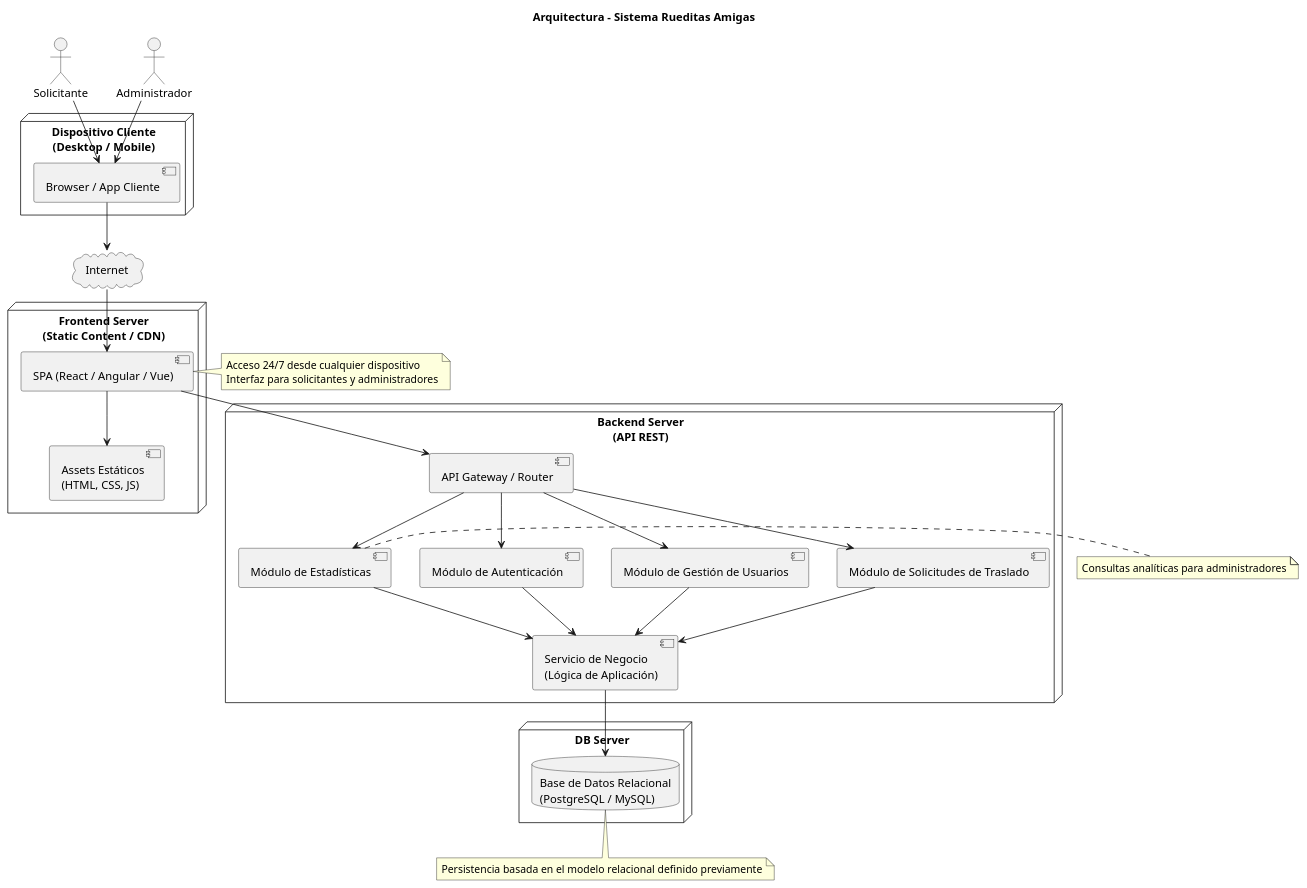
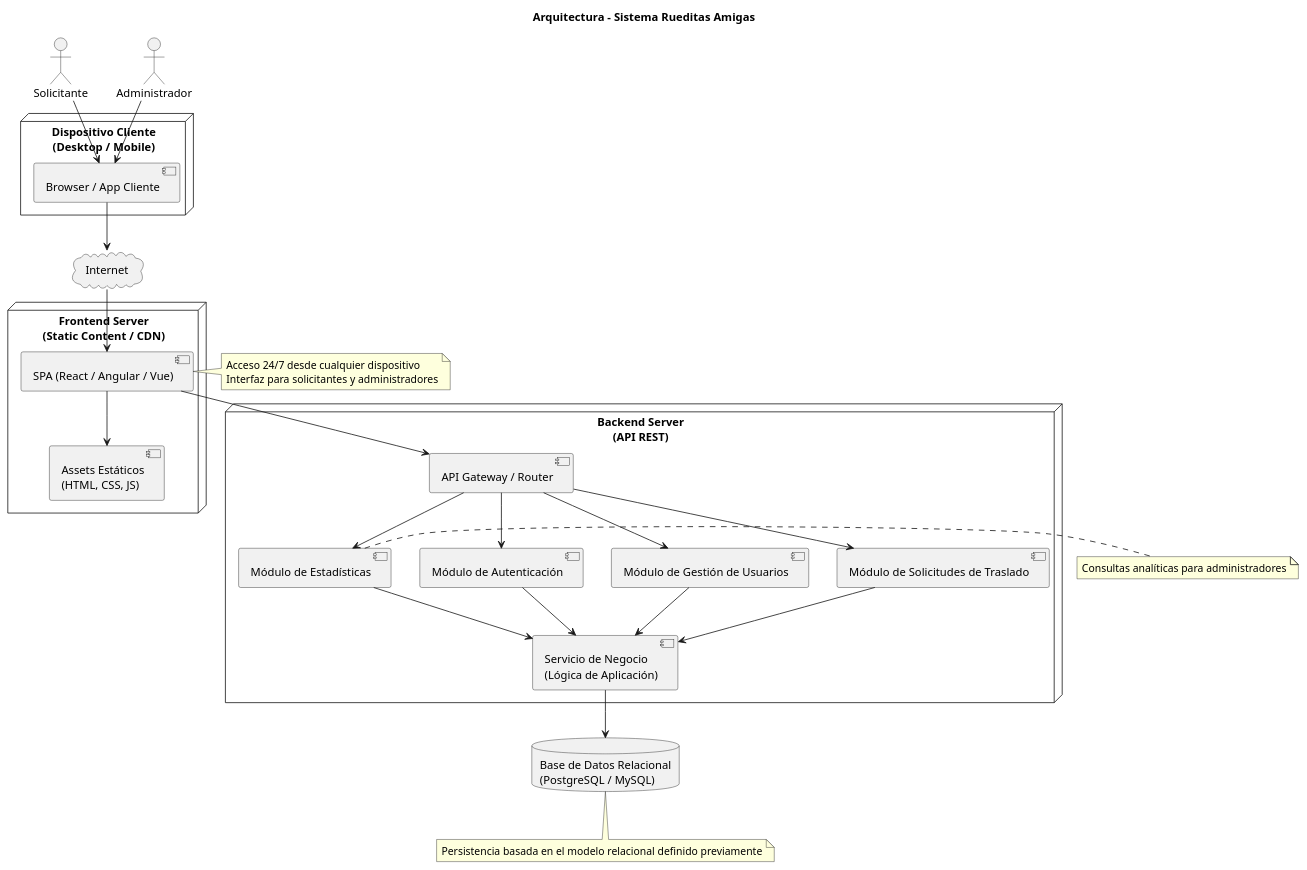
One commit to lrizzitano/RueditasAmigasDespliegue changed the diagram in diagrams/DiagramaDeDespliegue.puml. Above: the diagram before and after it, drawn with PlantUML.

Commit message:
vuelvo a probar diagrama estupidamente complejo

```diff
--- a/diagrams/DiagramaDeDespliegue.puml
+++ b/diagrams/DiagramaDeDespliegue.puml
@@ -1,77 +1,76 @@
 @startuml DiagramaDeDespliegue
 title Arquitectura - Sistema Rueditas Amigas
 
 ' Actores
 actor "Solicitante" as Solicitante
 actor "Administrador" as Admin
 
 ' Dispositivos cliente
 node "Dispositivo Cliente\n(Desktop / Mobile)" {
     component "Browser / App Cliente" as ClienteApp
 }
 
 Solicitante --> ClienteApp
 Admin --> ClienteApp
 
 ' Internet
 cloud "Internet" {
 }
 
 ClienteApp --> Internet
 
 ' Nodo Frontend (puede ser CDN o server web)
 node "Frontend Server\n(Static Content / CDN)" {
     component "SPA (React / Angular / Vue)" as SPA
     component "Assets Estáticos\n(HTML, CSS, JS)" as Static
 }
 
 Internet --> SPA
 SPA --> Static
 
 ' Nodo Backend (API)
 node "Backend Server\n(API REST)" {
 
     component "API Gateway / Router" as APIGW
     
     component "Módulo de Autenticación" as Auth
     component "Módulo de Gestión de Usuarios" as Users
     component "Módulo de Solicitudes de Traslado" as Trips
     component "Módulo de Estadísticas" as Stats
     
     component "Servicio de Negocio\n(Lógica de Aplicación)" as Business
     
 }
 
 SPA --> APIGW
 
 APIGW --> Auth
 APIGW --> Users
 APIGW --> Trips
 APIGW --> Stats
 
 Auth --> Business
 Users --> Business
 Trips --> Business
 Stats --> Business
 
 ' Base de datos
-node "DB Server" {
-    database "Base de Datos Relacional\n(PostgreSQL / MySQL)" as DB
-}
+database "Base de Datos Relacional\n(PostgreSQL / MySQL)" as DB
+
 
 Business --> DB
 
 ' Notas adicionales
 note right of SPA
 Acceso 24/7 desde cualquier dispositivo
 Interfaz para solicitantes y administradores
 end note
 
 note right of Stats
 Consultas analíticas para administradores
 end note
 
 note bottom of DB
 Persistencia basada en el modelo relacional definido previamente
 end note
 @enduml
```
